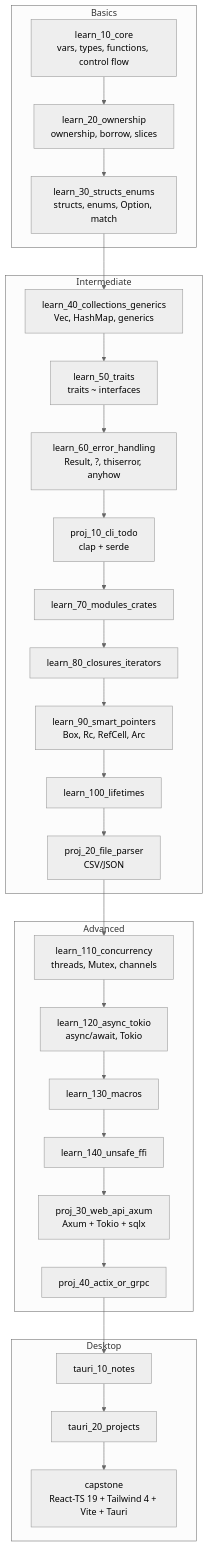
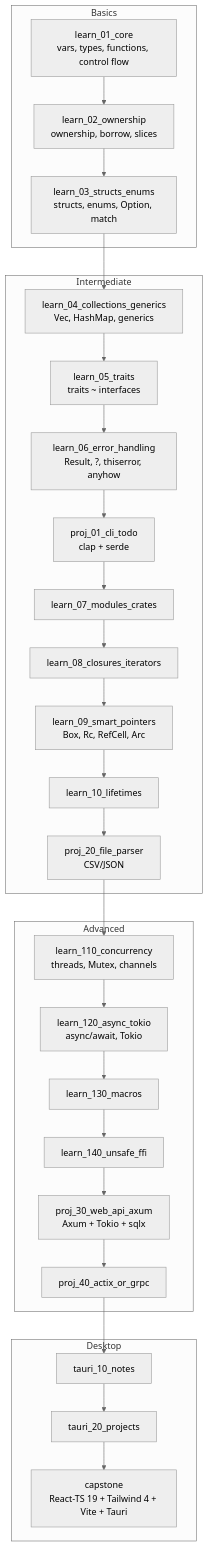
Before and after one commit to devravinder/learn-rust: the diagram in README.md, drawn with Mermaid (neutral theme). The commit also changed other lines of this file and 134 other files, not shown here.

First line of the commit message:
Renumber folders/binaries to sequential learn_01..learn_10 + proj_01

````diff
--- a/README.md
+++ b/README.md
@@ -43,31 +43,31 @@
 ```mermaid
 graph TD
     subgraph Basics
-        A[learn_10_core<br/>vars, types, functions, control flow] --> B[learn_20_ownership<br/>ownership, borrow, slices]
-        B --> C[learn_30_structs_enums<br/>structs, enums, Option, match]
+        A[learn_01_core<br/>vars, types, functions, control flow] --> B[learn_02_ownership<br/>ownership, borrow, slices]
+        B --> C[learn_03_structs_enums<br/>structs, enums, Option, match]
     end
     subgraph Intermediate
-        C --> D[learn_40_collections_generics<br/>Vec, HashMap, generics]
-        D --> E[learn_50_traits<br/>traits ~ interfaces]
-        E --> F[learn_60_error_handling<br/>Result, ?, thiserror, anyhow]
-        F --> P1[proj_10_cli_todo<br/>clap + serde]
-        P1 --> G[learn_70_modules_crates]
-        G --> H[learn_80_closures_iterators]
-        H --> I[learn_90_smart_pointers<br/>Box, Rc, RefCell, Arc]
-        I --> J[learn_100_lifetimes]
+        C --> D[learn_04_collections_generics<br/>Vec, HashMap, generics]
+        D --> E[learn_05_traits<br/>traits ~ interfaces]
+        E --> F[learn_06_error_handling<br/>Result, ?, thiserror, anyhow]
+        F --> P1[proj_01_cli_todo<br/>clap + serde]
+        P1 --> G[learn_07_modules_crates]
+        G --> H[learn_08_closures_iterators]
+        H --> I[learn_09_smart_pointers<br/>Box, Rc, RefCell, Arc]
+        I --> J[learn_10_lifetimes]
         J --> P2[proj_20_file_parser<br/>CSV/JSON]
     end
     subgraph Advanced
         P2 --> K[learn_110_concurrency<br/>threads, Mutex, channels]
         K --> L[learn_120_async_tokio<br/>async/await, Tokio]
         L --> M[learn_130_macros]
         M --> N[learn_140_unsafe_ffi]
         N --> P3[proj_30_web_api_axum<br/>Axum + Tokio + sqlx]
         P3 --> P4[proj_40_actix_or_grpc]
     end
     subgraph Desktop
         P4 --> T1[tauri_10_notes]
         T1 --> T2[tauri_20_projects]
         T2 --> CAP[capstone<br/>React-TS 19 + Tailwind 4 + Vite + Tauri]
     end
 ```
````
